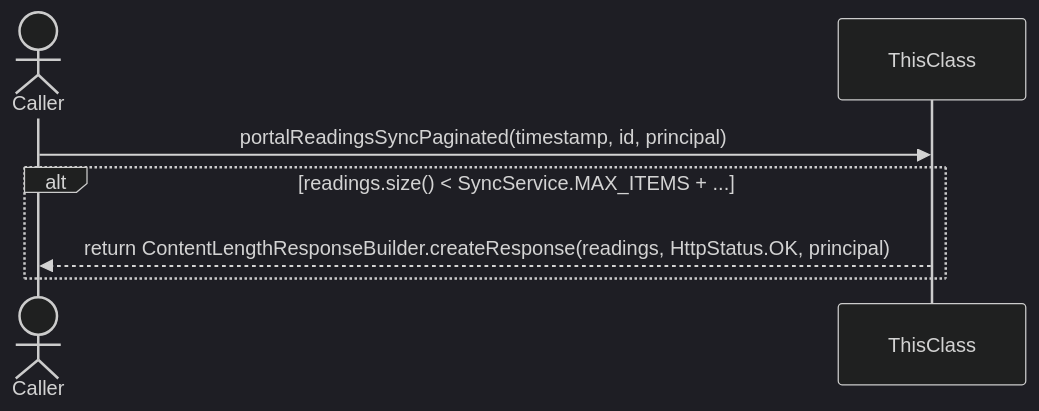
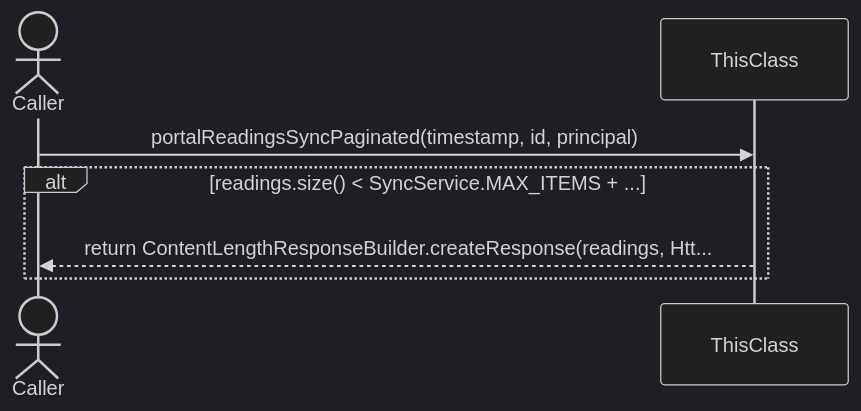
The fourth of 6 diagrams in docs/BoatSyncController.md (FelipeMCassiano/geanky), drawn with Mermaid (dark theme) before and after one commit. The commit also changed other lines of this file and 4 other files, not shown here.

````diff
--- a/docs/BoatSyncController.md
+++ b/docs/BoatSyncController.md
@@ -210,11 +210,11 @@
 ```mermaid
 sequenceDiagram
     actor Caller
     participant ThisClass
 
     Caller->>ThisClass: portalReadingsSyncPaginated(timestamp, id, principal)
     alt readings.size() < SyncService.MAX_ITEMS + ...
-    ThisClass-->>Caller: return ContentLengthResponseBuilder.createResponse(readings, HttpStatus.OK, principal)
+    ThisClass-->>Caller: return ContentLengthResponseBuilder.createResponse(readings, Htt...
     end
 
 ```
````
